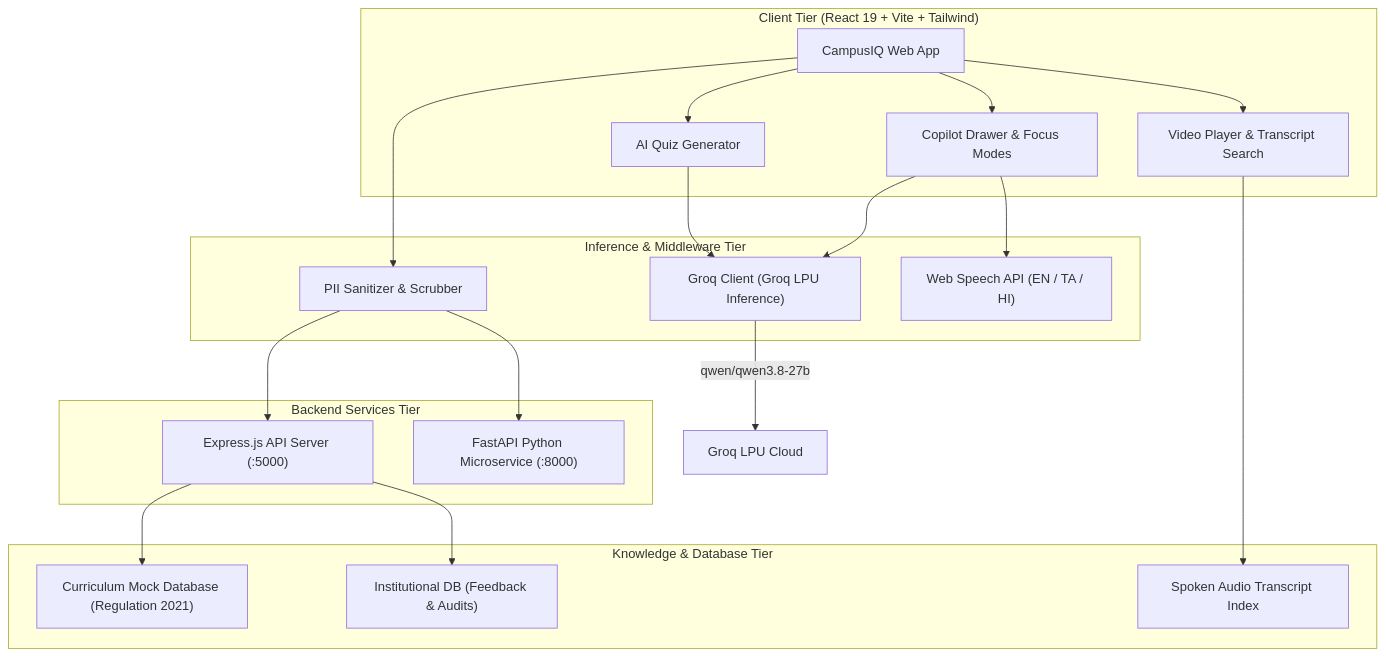
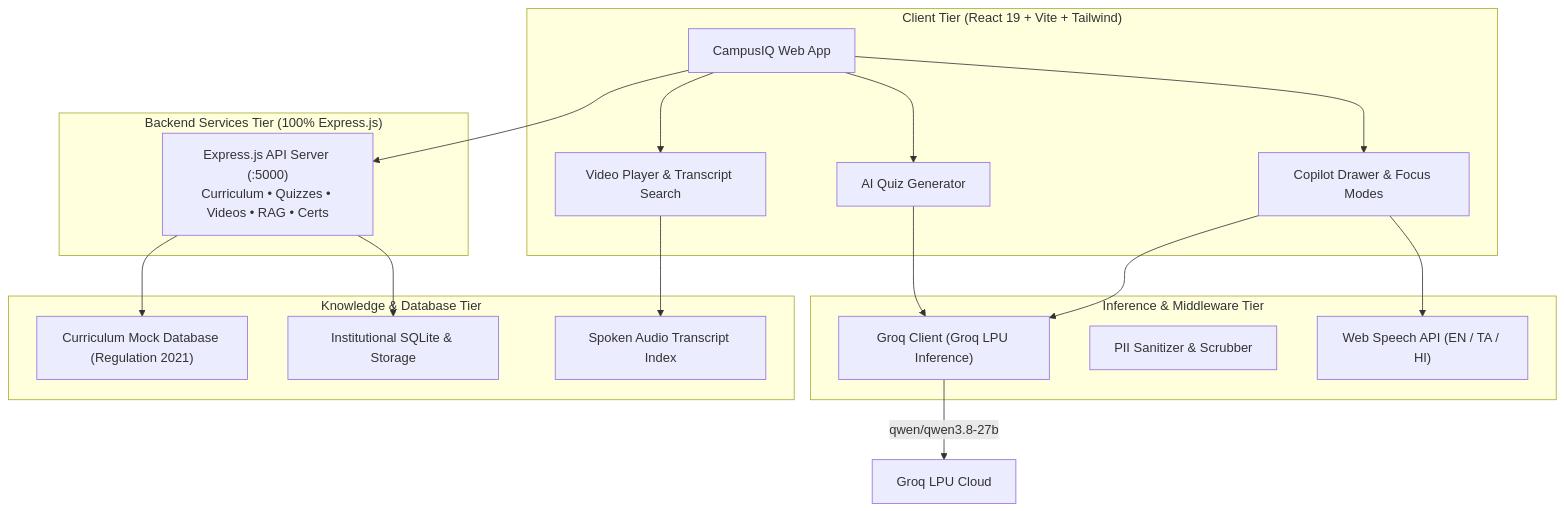
One commit to chellamuthukumar001/NSCET_FIST changed the diagram in README.md. Above: the diagram before and after it, drawn with Mermaid. The commit also changed other lines of this file and 22 other files, not shown here.

Commit message:
Refactor platform to be exclusively learning-focused: remove FastAPI, run backend strictly on Express.js, and integrate NSCET campus image background into landing page

````diff
--- a/README.md
+++ b/README.md
@@ -170,34 +170,33 @@
 ```mermaid
 flowchart TB
     subgraph Client ["Client Tier (React 19 + Vite + Tailwind)"]
         UI["CampusIQ Web App"]
         Copilot["Copilot Drawer & Focus Modes"]
         Player["Video Player & Transcript Search"]
         QuizStudio["AI Quiz Generator"]
     end
 
     subgraph Gateway ["Inference & Middleware Tier"]
         GroqClient["Groq Client (Groq LPU Inference)"]
         PII["PII Sanitizer & Scrubber"]
         Speech["Web Speech API (EN / TA / HI)"]
     end
 
-    subgraph Services ["Backend Services Tier"]
-        Express["Express.js API Server (:5000)"]
-        FastAPI["FastAPI Python Microservice (:8000)"]
+    subgraph Services ["Backend Services Tier (100% Express.js)"]
+        Express["Express.js API Server (:5000)\nCurriculum • Quizzes • Videos • RAG • Certs"]
     end
 
     subgraph Data ["Knowledge & Database Tier"]
         MockDB["Curriculum Mock Database (Regulation 2021)"]
-        SQLite["Institutional DB (Feedback & Audits)"]
+        SQLite["Institutional SQLite & Storage"]
         Transcripts["Spoken Audio Transcript Index"]
     end
 
     UI --> Copilot & Player & QuizStudio
     Copilot --> GroqClient & Speech
     QuizStudio --> GroqClient
-    UI --> PII --> Express & FastAPI
+    UI --> Express
     Express --> SQLite & MockDB
     Player --> Transcripts
     GroqClient -->|qwen/qwen3.8-27b| LLM["Groq LPU Cloud"]
 ```
````
